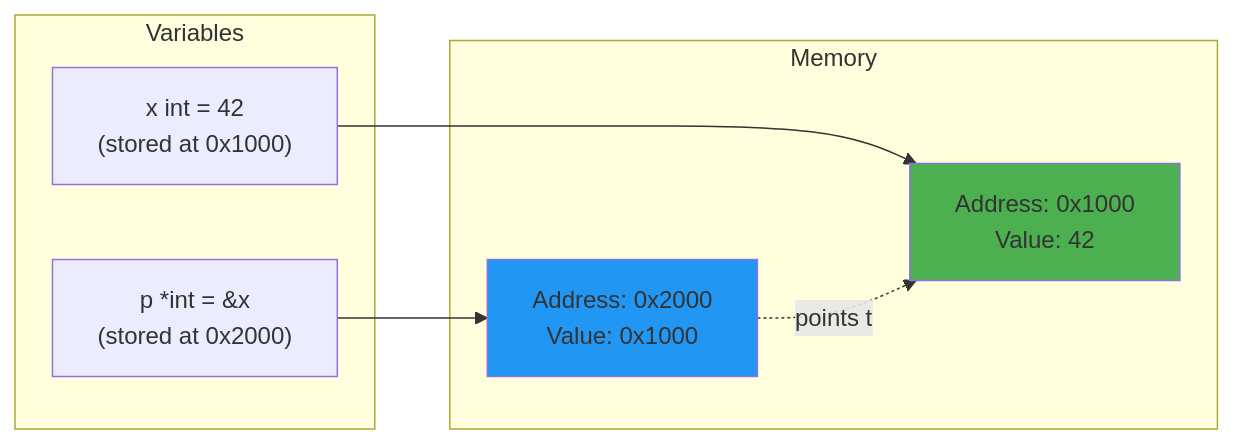
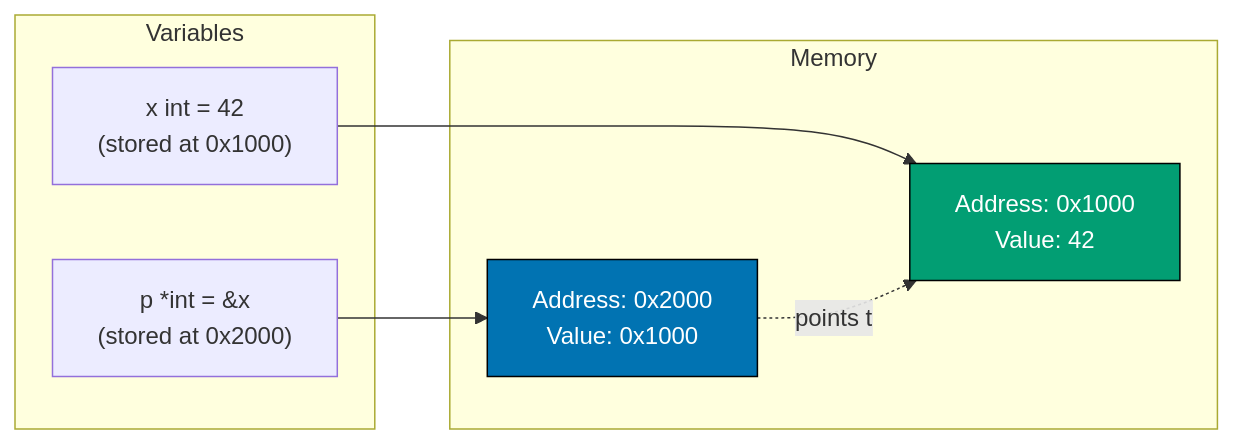
One commit to wahidyankf/open-sharia-enterprise changed the second of 6 diagrams in docs/tutorials/software-engineering/programming-languages/golang/tu-soen-prla-gola__beginner.md. Above: the diagram before and after it, drawn with Mermaid. The commit also changed other lines of this file and 22 other files, not shown here.

First line of the commit message:
docs(diagrams): ensure all mermaid diagrams use color-blind friendly palette

````diff
--- a/docs/tutorials/software-engineering/programming-languages/golang/tu-soen-prla-gola__beginner.md
+++ b/docs/tutorials/software-engineering/programming-languages/golang/tu-soen-prla-gola__beginner.md
@@ -879,19 +889,19 @@
 ```mermaid
 graph LR
     subgraph "Memory"
         A["Address: 0x1000<br/>Value: 42"]
         B["Address: 0x2000<br/>Value: 0x1000"]
     end
 
     subgraph "Variables"
         x["x int = 42<br/>(stored at 0x1000)"]
         p["p *int = &x<br/>(stored at 0x2000)"]
     end
 
     x --> A
     p --> B
     B -.points to.-> A
 
-    style A fill:#4CAF50
-    style B fill:#2196F3
+    style A fill:#029E73,stroke:#000000,color:#FFFFFF
+    style B fill:#0173B2,stroke:#000000,color:#FFFFFF
 ```
````
